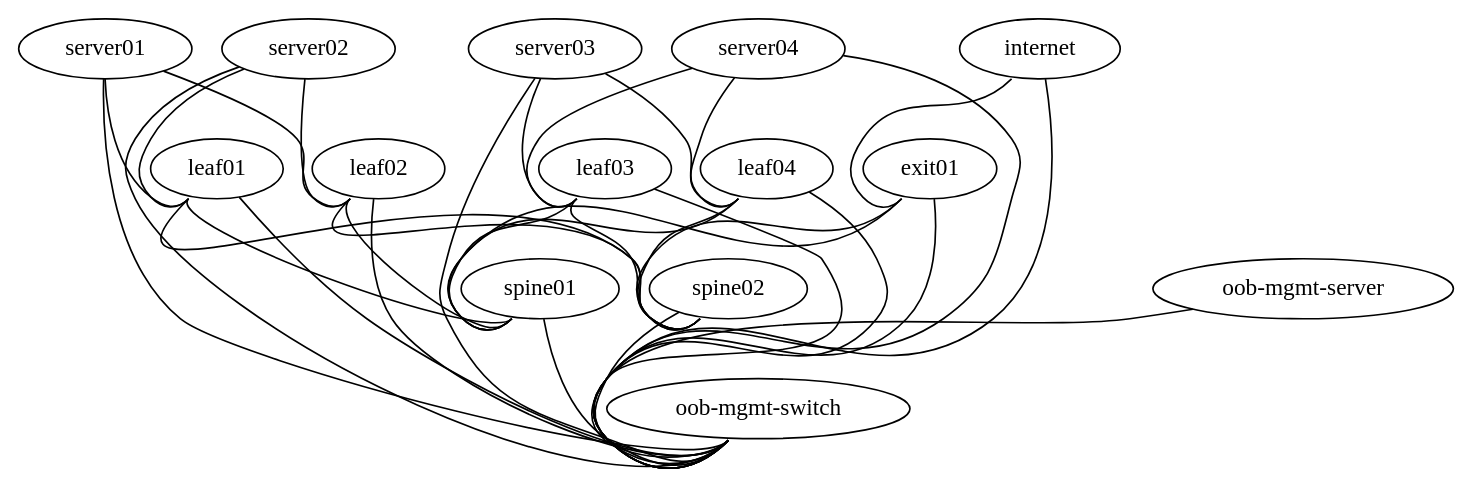
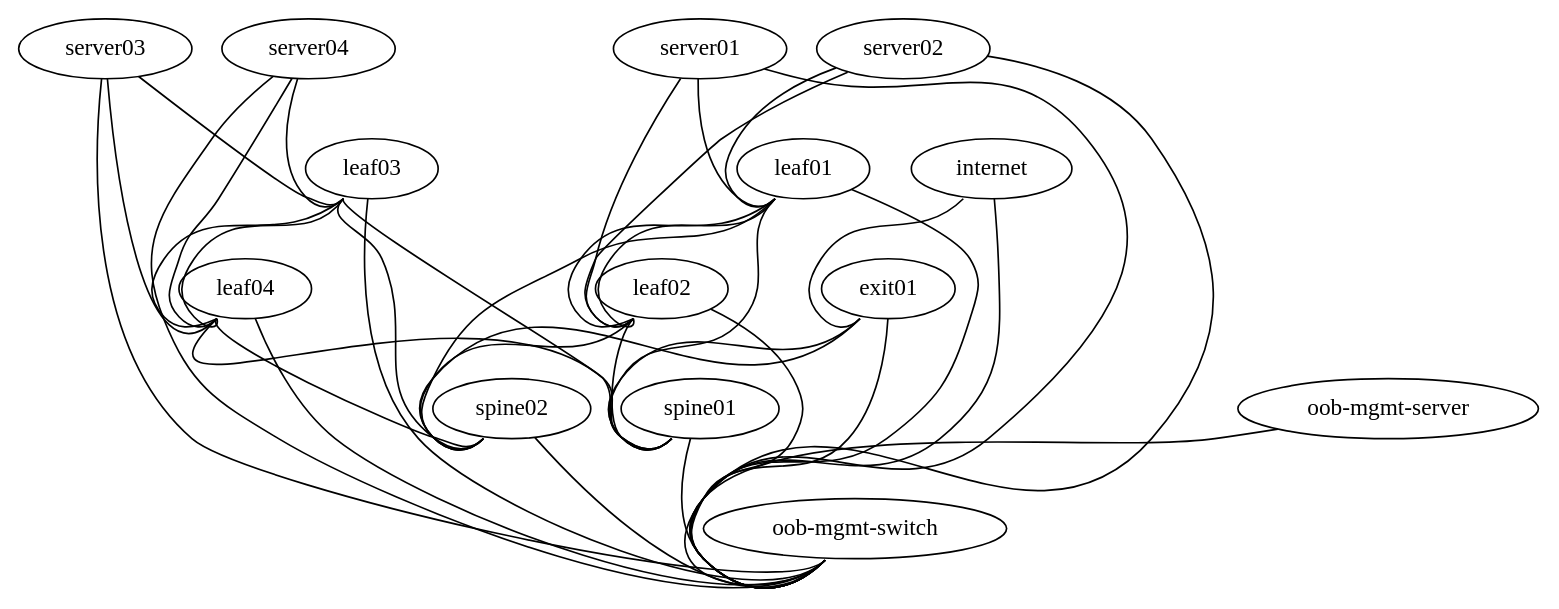
One commit to laquiante/OpenNetworking-004 changed the diagram in topology.dot. Above: the diagram before and after it, drawn with Graphviz.

Commit message:
Update topology.dot
mit peerlinks fuer mlag

```diff
--- a/topology.dot
+++ b/topology.dot
@@ -1,69 +1,74 @@
 graph vx {
 
  "spine01" [function="spine" os="CumulusCommunity/cumulus-vx" version="3.7.11" memory="768" config="./helper_scripts/config_switch.sh" ]
  "leaf01" [function="leaf" os="CumulusCommunity/cumulus-vx" version="3.7.11" memory="768" config="./helper_scripts/config_switch.sh" ]
  "leaf02" [function="leaf" os="CumulusCommunity/cumulus-vx" version="3.7.11" memory="768" config="./helper_scripts/config_switch.sh" ]
 
  "spine02" [function="spine" os="CumulusCommunity/cumulus-vx" version="3.7.11" memory="768" config="./helper_scripts/config_switch.sh" ]
  "leaf03" [function="leaf" os="CumulusCommunity/cumulus-vx" version="3.7.11" memory="768" config="./helper_scripts/config_switch.sh" ]
  "leaf04" [function="leaf" os="CumulusCommunity/cumulus-vx" version="3.7.11" memory="768" config="./helper_scripts/config_switch.sh" ]
 
  "server01" [function="host" os="yk0/ubuntu-xenial" memory="512" config="./helper_scripts/config_server.sh" ]
  "server02" [function="host" os="yk0/ubuntu-xenial" memory="512" config="./helper_scripts/config_server.sh" ]
  "server03" [function="host" os="yk0/ubuntu-xenial" memory="512" config="./helper_scripts/config_server.sh" ]
  "server04" [function="host" os="yk0/ubuntu-xenial" memory="512" config="./helper_scripts/config_server.sh" ]
 
  "exit01" [function="exit" os="CumulusCommunity/cumulus-vx" version="3.7.11" memory="768" config="./helper_scripts/config_switch.sh" ]
  "internet" [function="internet" vagrant="swp48" os="CumulusCommunity/cumulus-vx" version="3.7.11" memory="768" config="./helper_scripts/config_internet.sh" ]
 
  "oob-mgmt-switch" [function="oob-switch" vagrant="eth0" os="CumulusCommunity/cumulus-vx" version="3.7.11" memory="768" config="./helper_scripts/config_oob_switch.sh" ]
  "oob-mgmt-server" [function="oob-server" vagrant="eth0" os="CumulusCommunity/vx_oob_server" version="1.0.4" memory="1024" config="./helper_scripts/config_oob_server.sh" ]
 
  "leaf01":"swp51" -- "spine01":"swp1"
  "leaf01":"swp52" -- "spine02":"swp1"
  
  "server01":"eth1" -- "leaf01":"swp1" [left_mac="00:00:01:11:11:01"]
  "server01":"eth2" -- "leaf02":"swp1" [left_mac="00:00:01:11:11:02"]
 
  "leaf02":"swp51" -- "spine01":"swp2"
  "leaf02":"swp52" -- "spine02":"swp2"
  
  "server02":"eth1" -- "leaf01":"swp2" [left_mac="00:00:01:11:11:03"]
  "server02":"eth2" -- "leaf02":"swp2" [left_mac="00:00:01:11:11:04"]
 
  "leaf03":"swp51" -- "spine01":"swp3"
  "leaf03":"swp52" -- "spine02":"swp3"
  
  "server03":"eth1" -- "leaf03":"swp1" [left_mac="00:00:01:11:11:05"]
  "server03":"eth2" -- "leaf04":"swp1" [left_mac="00:00:01:11:11:06"]
  
  "leaf04":"swp51" -- "spine01":"swp4"
  "leaf04":"swp52" -- "spine02":"swp4"
 
  "server04":"eth1" -- "leaf03":"swp2" [left_mac="00:00:01:11:11:07"]
  "server04":"eth2" -- "leaf04":"swp2" [left_mac="00:00:01:11:11:08"]
  
+ "leaf01":"swp49" -- "leaf02":"swp49"
+ "leaf01":"swp50" -- "leaf02":"swp50"
+ "leaf03":"swp49" -- "leaf04":"swp49"
+ "leaf03":"swp50" -- "leaf04":"swp50"
+ 
  "oob-mgmt-server":"eth1" -- "oob-mgmt-switch":"swp1" [right_mac="a0:00:00:00:00:61"]
 
  "server01":"eth0" -- "oob-mgmt-switch":"swp2" [left_mac="a0:00:00:00:00:31"]
  "server02":"eth0" -- "oob-mgmt-switch":"swp3" [left_mac="a0:00:00:00:00:32"]
  "server03":"eth0" -- "oob-mgmt-switch":"swp4" [left_mac="a0:00:00:00:00:33"]
  "server04":"eth0" -- "oob-mgmt-switch":"swp5" [left_mac="a0:00:00:00:00:34"]
 
  "internet":"swp1" -- "exit01":"swp11"
  
  "exit01":"swp51" -- "spine01":"swp10"
  "exit01":"swp52" -- "spine02":"swp10"
 
  "leaf01":"eth0" -- "oob-mgmt-switch":"swp7" [left_mac="a0:00:00:00:00:11"]
  "leaf02":"eth0" -- "oob-mgmt-switch":"swp8" [left_mac="a0:00:00:00:00:12"]
  "leaf03":"eth0" -- "oob-mgmt-switch":"swp9" [left_mac="a0:00:00:00:00:13"]
  "leaf04":"eth0" -- "oob-mgmt-switch":"swp10" [left_mac="a0:00:00:00:00:14"]
  
  "exit01":"eth0" -- "oob-mgmt-switch":"swp14" [left_mac="a0:00:00:00:00:41"]
  "internet":"eth0" -- "oob-mgmt-switch":"swp15" [left_mac="a0:00:00:00:00:50"]
  
  
  "spine01":"eth0" -- "oob-mgmt-switch":"swp12" [left_mac="a0:00:00:00:00:21"]
  "spine02":"eth0" -- "oob-mgmt-switch":"swp13" [left_mac="a0:00:00:00:00:22"]
 }
```
